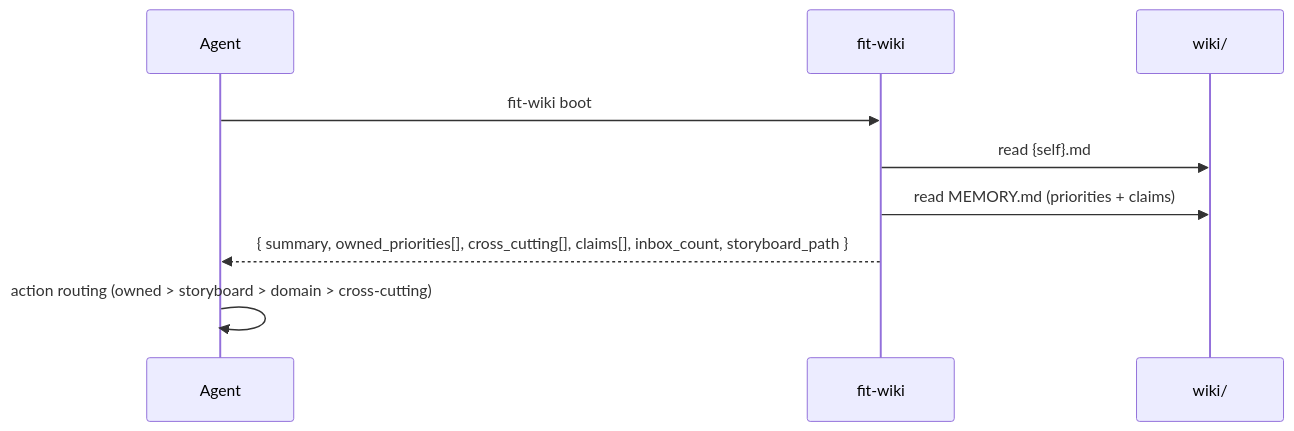
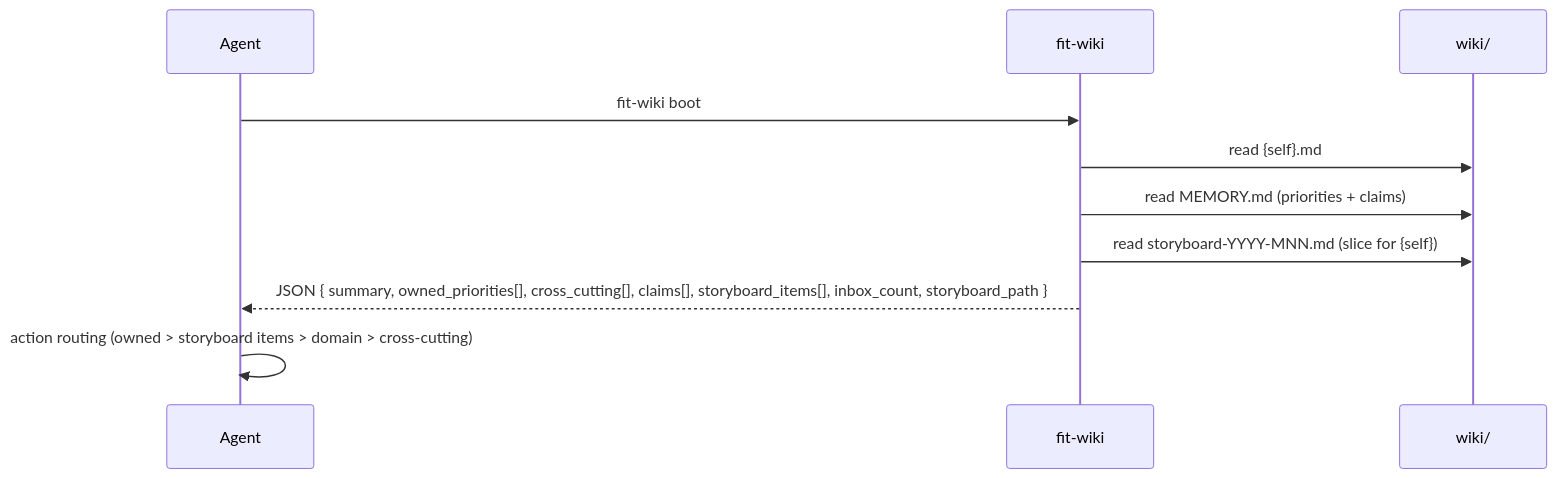
One commit to forwardimpact/pathway changed the second of 3 diagrams in specs/1060-memory-protocol-redesign/design-a.md. Above: the diagram before and after it, drawn with Mermaid. The commit also changed other lines of this file, not shown here.

````diff
--- a/specs/1060-memory-protocol-redesign/design-a.md
+++ b/specs/1060-memory-protocol-redesign/design-a.md
@@ -51,11 +63,12 @@
 ```mermaid
 sequenceDiagram
   participant A as Agent
   participant CLI as fit-wiki
   participant FS as wiki/
   A->>CLI: fit-wiki boot
   CLI->>FS: read {self}.md
   CLI->>FS: read MEMORY.md (priorities + claims)
-  CLI-->>A: { summary, owned_priorities[], cross_cutting[], claims[], inbox_count, storyboard_path }
-  A->>A: action routing (owned > storyboard > domain > cross-cutting)
+  CLI->>FS: read storyboard-YYYY-MNN.md (slice for {self})
+  CLI-->>A: JSON { summary, owned_priorities[], cross_cutting[], claims[], storyboard_items[], inbox_count, storyboard_path }
+  A->>A: action routing (owned > storyboard items > domain > cross-cutting)
 ```
````
